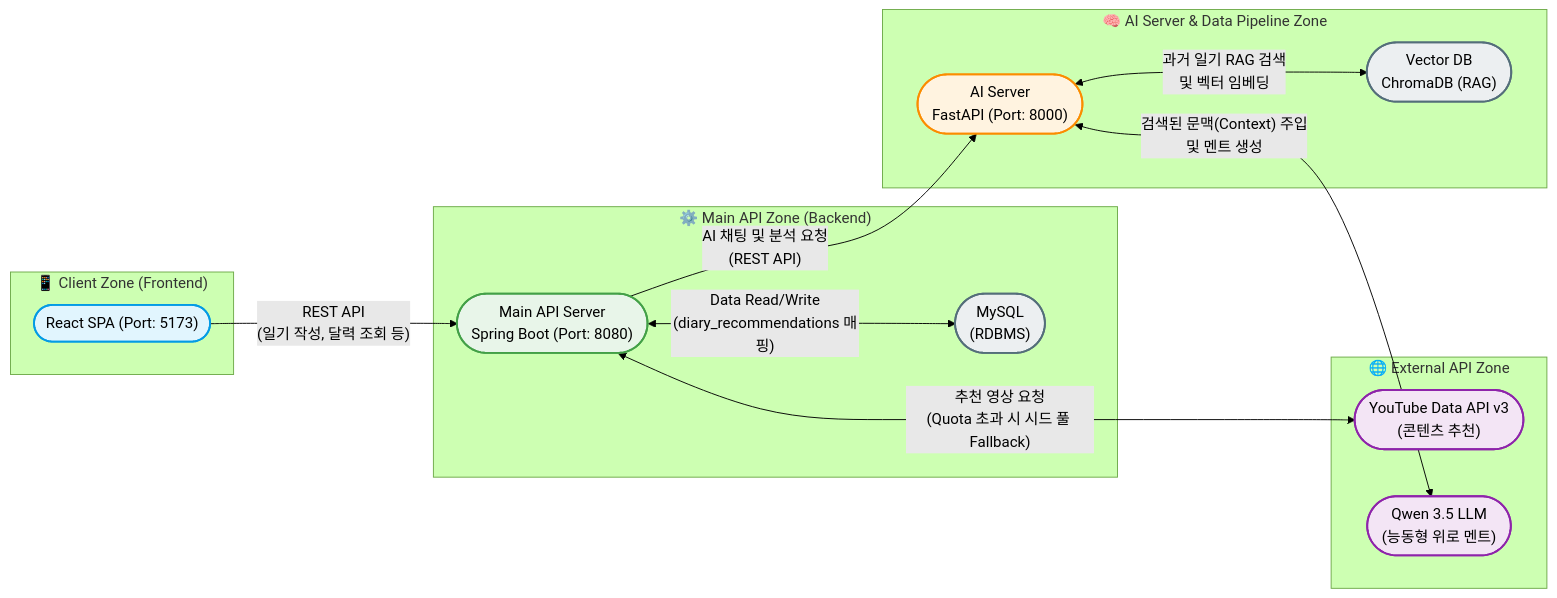
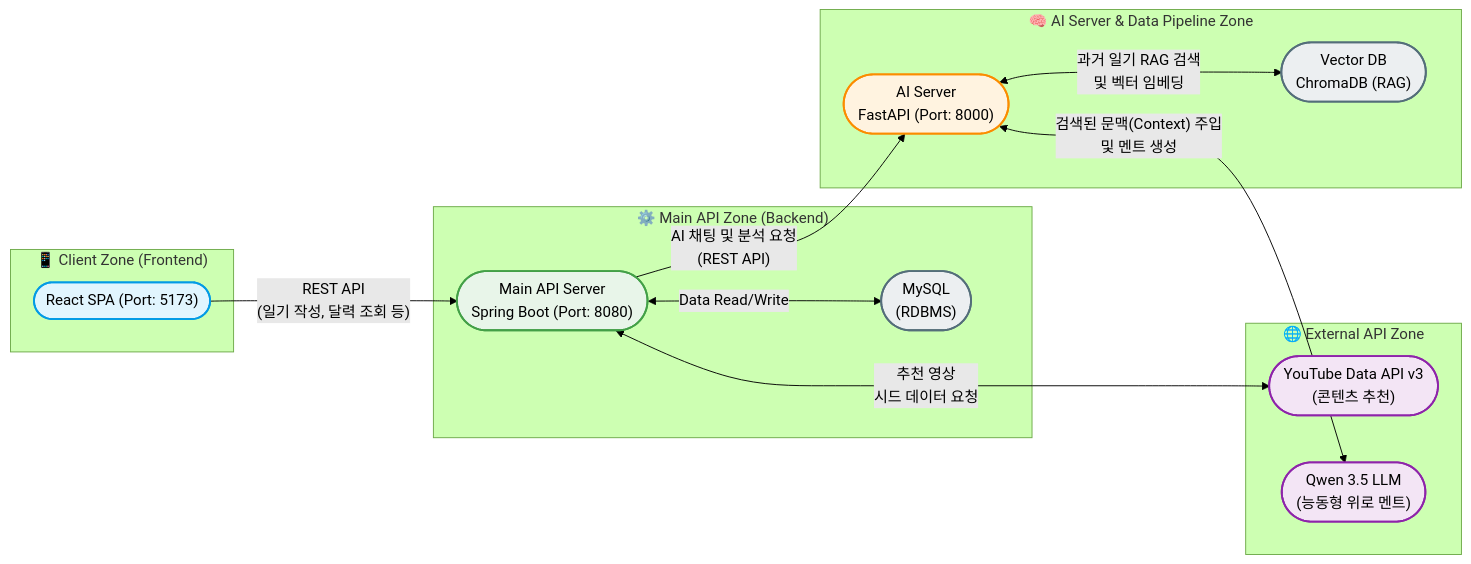
Before and after one commit to Jodongyoung/freesia-capstone: the diagram in README.md, drawn with Mermaid (forest theme). The commit also changed other lines of this file, not shown here.

````diff
--- a/README.md
+++ b/README.md
@@ -82,45 +82,45 @@
 ```mermaid
 flowchart LR
-    %% 영역 분리 (Subgraphs)
-    subgraph ClientZone ["📱 Client Zone (Frontend)"]
-        React(["React SPA (Port: 5173)"])
-    end
+    %% 영역 분리 (Subgraphs)
+    subgraph ClientZone ["📱 Client Zone (Frontend)"]
+        React(["React SPA (Port: 5173)"])
+    end
 
-    subgraph MainAPIZone ["⚙️ Main API Zone (Backend)"]
-        SpringBoot(["Main API Server<br>Spring Boot (Port: 8080)"])
-        MySQL(["MySQL<br>(RDBMS)"])
-    end
+    subgraph MainAPIZone ["⚙️ Main API Zone (Backend)"]
+        SpringBoot(["Main API Server<br>Spring Boot (Port: 8080)"])
+        MySQL(["MySQL<br>(RDBMS)"])
+    end
 
-    subgraph AIPipelineZone ["🧠 AI Server & Data Pipeline Zone"]
-        FastAPI(["AI Server<br>FastAPI (Port: 8000)"])
-        ChromaDB(["Vector DB<br>ChromaDB (RAG)"])
-    end
+    subgraph AIPipelineZone ["🧠 AI Server & Data Pipeline Zone"]
+        FastAPI(["AI Server<br>FastAPI (Port: 8000)"])
+        ChromaDB(["Vector DB<br>ChromaDB (RAG)"])
+    end
 
-    subgraph ExternalAPIZone ["🌐 External API Zone"]
-        YouTube(["YouTube Data API v3<br>(콘텐츠 추천)"])
-        LLM(["Qwen 3.5 LLM<br>(능동형 위로 멘트)"])
-    end
+    subgraph ExternalAPIZone ["🌐 External API Zone"]
+        YouTube(["YouTube Data API v3<br>(콘텐츠 추천)"])
+        LLM(["Qwen 3.5 LLM<br>(능동형 위로 멘트)"])
+    end
 
-    %% 데이터 흐름 및 통신 관계
-    React -->|"REST API<br>(일기 작성, 달력 조회 등)"| SpringBoot
-    SpringBoot <-->|"Data Read/Write<br>(diary_recommendations 매핑)"| MySQL
+    %% 데이터 흐름 및 통신 관계 (따옴표 추가로 파싱 에러 완벽 해결!)
+    React -->|"REST API<br>(일기 작성, 달력 조회 등)"| SpringBoot
+    SpringBoot <-->|"Data Read/Write"| MySQL
 
-    SpringBoot -->|"AI 채팅 및 분석 요청<br>(REST API)"| FastAPI
-    SpringBoot <-->|"추천 영상 요청<br>(Quota 초과 시 시드 풀 Fallback)"| YouTube
+    SpringBoot -->|"AI 채팅 및 분석 요청<br>(REST API)"| FastAPI
+    SpringBoot <-->|"추천 영상<br>시드 데이터 요청"| YouTube
 
-    FastAPI <-->|"과거 일기 RAG 검색<br>및 벡터 임베딩"| ChromaDB
-    FastAPI <-->|"검색된 문맥(Context) 주입<br>및 멘트 생성"| LLM
+    FastAPI <-->|"과거 일기 RAG 검색<br>및 벡터 임베딩"| ChromaDB
+    FastAPI <-->|"검색된 문맥(Context) 주입<br>및 멘트 생성"| LLM
 
-    %% 스타일링
-    classDef client fill:#e1f5fe,stroke:#039be5,stroke-width:2px,color:#000
-    classDef backend fill:#e8f5e9,stroke:#43a047,stroke-width:2px,color:#000
-    classDef ai fill:#fff3e0,stroke:#fb8c00,stroke-width:2px,color:#000
-    classDef external fill:#f3e5f5,stroke:#8e24aa,stroke-width:2px,color:#000
-    classDef db fill:#eceff1,stroke:#546e7a,stroke-width:2px,color:#000
+    %% 스타일링 (선택 사항 - 다이어그램을 더 예쁘게 꾸며줍니다)
+    classDef client fill:#e1f5fe,stroke:#039be5,stroke-width:2px,color:#000
+    classDef backend fill:#e8f5e9,stroke:#43a047,stroke-width:2px,color:#000
+    classDef ai fill:#fff3e0,stroke:#fb8c00,stroke-width:2px,color:#000
+    classDef external fill:#f3e5f5,stroke:#8e24aa,stroke-width:2px,color:#000
+    classDef db fill:#eceff1,stroke:#546e7a,stroke-width:2px,color:#000
 
-    class React client
-    class SpringBoot backend
-    class FastAPI ai
-    class YouTube,LLM external
-    class MySQL,ChromaDB db
+    class React client
+    class SpringBoot backend
+    class FastAPI ai
+    class YouTube,LLM external
+    class MySQL,ChromaDB db
 ```
````
